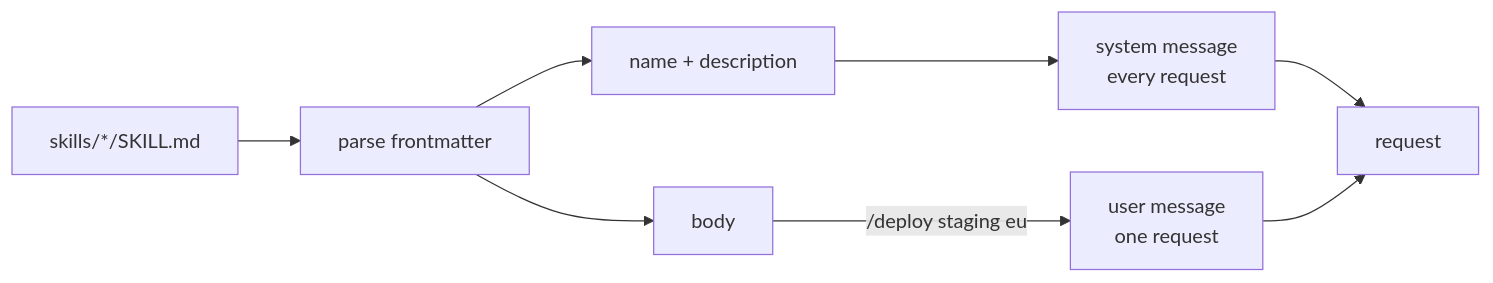
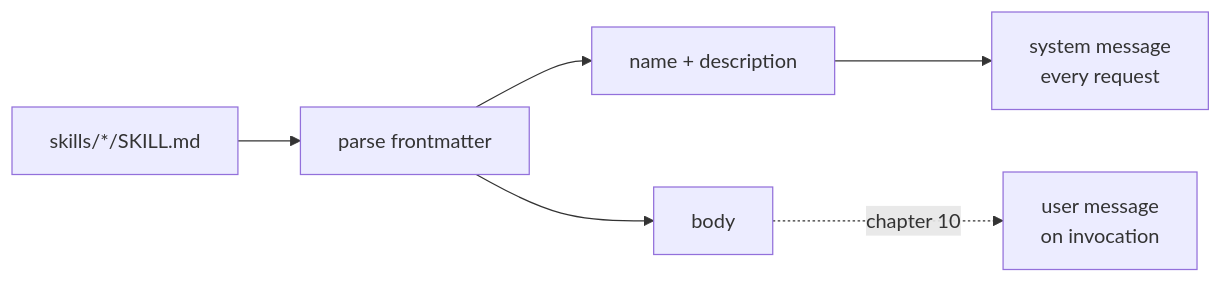
Before and after one commit to theakhandpatel/kata: the diagram in chapters/09-skills/overview.md, drawn with Mermaid. The commit also changed other lines of this file and 296 other files, not shown here.

````diff
--- a/chapters/09-skills/overview.md
+++ b/chapters/09-skills/overview.md
@@ -34,10 +31,8 @@
 ```mermaid
 flowchart LR
     F["skills/*/SKILL.md"] --> P["parse frontmatter"]
     P --> D["name + description"]
     P --> B["body"]
     D --> S["system message<br/>every request"]
-    B -->|"/deploy staging eu"| U["user message<br/>one request"]
-    S --> R["request"]
-    U --> R
+    B -.->|"chapter 10"| U["user message<br/>on invocation"]
 ```
````
